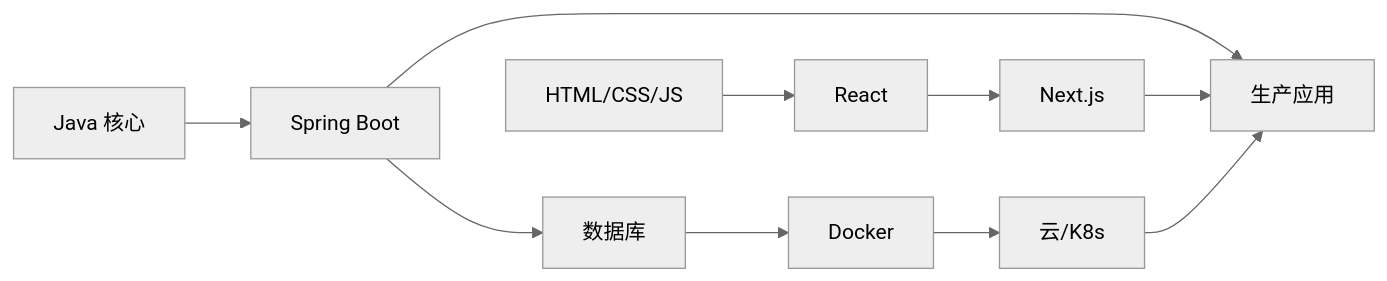
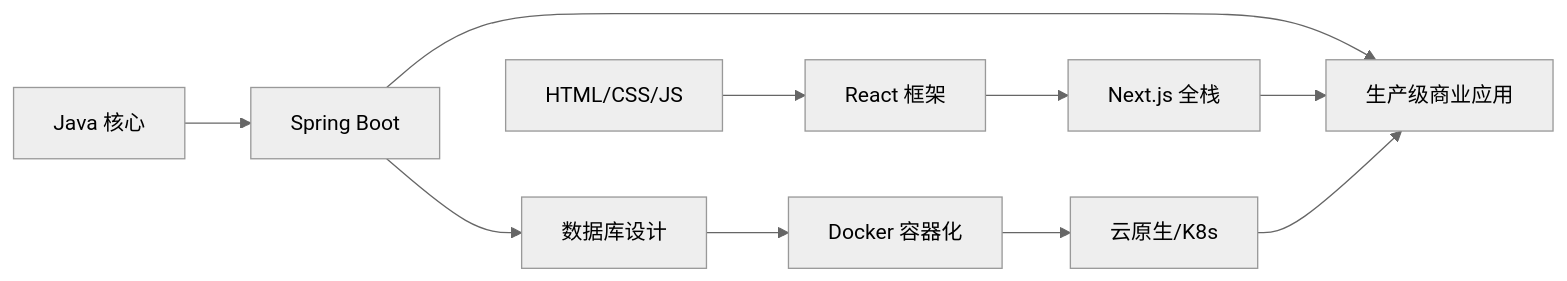
The second of 2 diagrams in i18n/zh-Hans/docusaurus-plugin-content-docs/current/engineering/index.mdx (YiWang24/AiDIY), drawn with Mermaid (neutral theme) before and after one commit. The commit also changed other lines of this file and 59 other files, not shown here.

````diff
--- a/i18n/zh-Hans/docusaurus-plugin-content-docs/current/engineering/index.mdx
+++ b/i18n/zh-Hans/docusaurus-plugin-content-docs/current/engineering/index.mdx
@@ -126,14 +126,14 @@
 ```mermaid
 flowchart LR
     A[Java 核心] --> B[Spring Boot]
-    B --> C[数据库]
-    C --> D[Docker]
-    D --> E[云/K8s]
-
-    F[HTML/CSS/JS] --> G[React]
-    G --> H[Next.js]
-
-    B --> I[生产应用]
+    B --> C[数据库设计]
+    C --> D[Docker 容器化]
+    D --> E[云原生/K8s]
+    
+    F[HTML/CSS/JS] --> G[React 框架]
+    G --> H[Next.js 全栈]
+    
+    B --> I[生产级商业应用]
     H --> I
     E --> I
 ```
````
